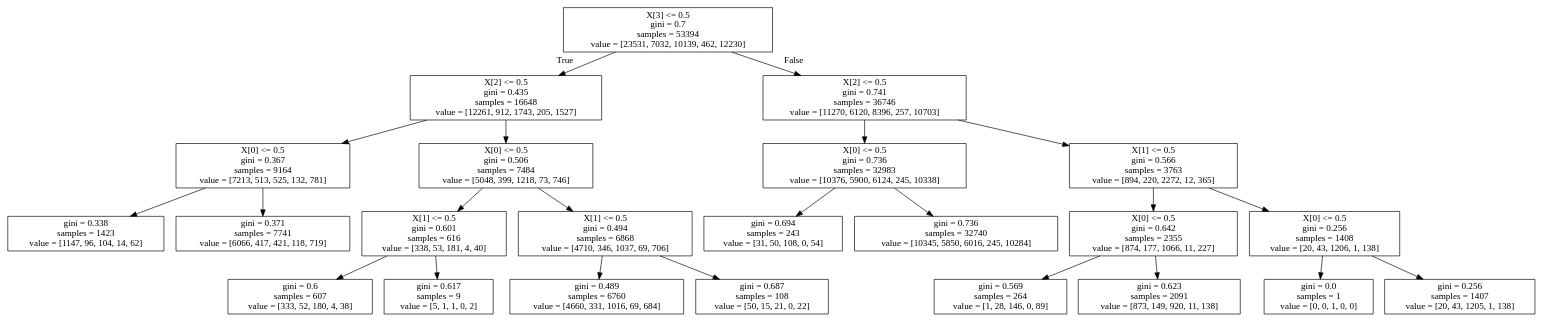
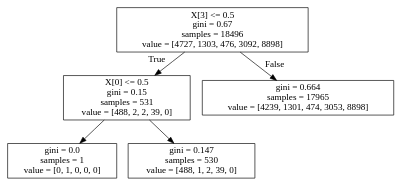
Before and after one commit to jesbu1/viper: the diagram in data/karel/ppo/0000r0+env_task=topOff+max_depth=15+n_batch_rollou=10+max_samples=100000+max_iters=80+train_frac=0.8+is_reweight=False0.250.25/dt_policy.dot, drawn with Graphviz. The commit also changed 60 other files, not shown here.

```diff
--- a/data/karel/ppo/0000r0+env_task=topOff+max_depth=15+n_batch_rollou=10+max_samples=100000+max_iters=80+train_frac=0.8+is_reweight=False0.250.25/dt_policy.dot
+++ b/data/karel/ppo/0000r0+env_task=topOff+max_depth=15+n_batch_rollou=10+max_samples=100000+max_iters=80+train_frac=0.8+is_reweight=False0.250.25/dt_policy.dot
@@ -1,48 +1,12 @@
 digraph Tree {
 node [shape=box] ;
-0 [label="X[3] <= 0.5\ngini = 0.7\nsamples = 53394\nvalue = [23531, 7032, 10139, 462, 12230]"] ;
-1 [label="X[2] <= 0.5\ngini = 0.435\nsamples = 16648\nvalue = [12261, 912, 1743, 205, 1527]"] ;
+0 [label="X[3] <= 0.5\ngini = 0.67\nsamples = 18496\nvalue = [4727, 1303, 476, 3092, 8898]"] ;
+1 [label="X[0] <= 0.5\ngini = 0.15\nsamples = 531\nvalue = [488, 2, 2, 39, 0]"] ;
 0 -> 1 [labeldistance=2.5, labelangle=45, headlabel="True"] ;
-2 [label="X[0] <= 0.5\ngini = 0.367\nsamples = 9164\nvalue = [7213, 513, 525, 132, 781]"] ;
+2 [label="gini = 0.0\nsamples = 1\nvalue = [0, 1, 0, 0, 0]"] ;
 1 -> 2 ;
-3 [label="gini = 0.338\nsamples = 1423\nvalue = [1147, 96, 104, 14, 62]"] ;
-2 -> 3 ;
-4 [label="gini = 0.371\nsamples = 7741\nvalue = [6066, 417, 421, 118, 719]"] ;
-2 -> 4 ;
-5 [label="X[0] <= 0.5\ngini = 0.506\nsamples = 7484\nvalue = [5048, 399, 1218, 73, 746]"] ;
-1 -> 5 ;
-6 [label="X[1] <= 0.5\ngini = 0.601\nsamples = 616\nvalue = [338, 53, 181, 4, 40]"] ;
-5 -> 6 ;
-7 [label="gini = 0.6\nsamples = 607\nvalue = [333, 52, 180, 4, 38]"] ;
-6 -> 7 ;
-8 [label="gini = 0.617\nsamples = 9\nvalue = [5, 1, 1, 0, 2]"] ;
-6 -> 8 ;
-9 [label="X[1] <= 0.5\ngini = 0.494\nsamples = 6868\nvalue = [4710, 346, 1037, 69, 706]"] ;
-5 -> 9 ;
-10 [label="gini = 0.489\nsamples = 6760\nvalue = [4660, 331, 1016, 69, 684]"] ;
-9 -> 10 ;
-11 [label="gini = 0.687\nsamples = 108\nvalue = [50, 15, 21, 0, 22]"] ;
-9 -> 11 ;
-12 [label="X[2] <= 0.5\ngini = 0.741\nsamples = 36746\nvalue = [11270, 6120, 8396, 257, 10703]"] ;
-0 -> 12 [labeldistance=2.5, labelangle=-45, headlabel="False"] ;
-13 [label="X[0] <= 0.5\ngini = 0.736\nsamples = 32983\nvalue = [10376, 5900, 6124, 245, 10338]"] ;
-12 -> 13 ;
-14 [label="gini = 0.694\nsamples = 243\nvalue = [31, 50, 108, 0, 54]"] ;
-13 -> 14 ;
-15 [label="gini = 0.736\nsamples = 32740\nvalue = [10345, 5850, 6016, 245, 10284]"] ;
-13 -> 15 ;
-16 [label="X[1] <= 0.5\ngini = 0.566\nsamples = 3763\nvalue = [894, 220, 2272, 12, 365]"] ;
-12 -> 16 ;
-17 [label="X[0] <= 0.5\ngini = 0.642\nsamples = 2355\nvalue = [874, 177, 1066, 11, 227]"] ;
-16 -> 17 ;
-18 [label="gini = 0.569\nsamples = 264\nvalue = [1, 28, 146, 0, 89]"] ;
-17 -> 18 ;
-19 [label="gini = 0.623\nsamples = 2091\nvalue = [873, 149, 920, 11, 138]"] ;
-17 -> 19 ;
-20 [label="X[0] <= 0.5\ngini = 0.256\nsamples = 1408\nvalue = [20, 43, 1206, 1, 138]"] ;
-16 -> 20 ;
-21 [label="gini = 0.0\nsamples = 1\nvalue = [0, 0, 1, 0, 0]"] ;
-20 -> 21 ;
-22 [label="gini = 0.256\nsamples = 1407\nvalue = [20, 43, 1205, 1, 138]"] ;
-20 -> 22 ;
+3 [label="gini = 0.147\nsamples = 530\nvalue = [488, 1, 2, 39, 0]"] ;
+1 -> 3 ;
+4 [label="gini = 0.664\nsamples = 17965\nvalue = [4239, 1301, 474, 3053, 8898]"] ;
+0 -> 4 [labeldistance=2.5, labelangle=-45, headlabel="False"] ;
 }
```
